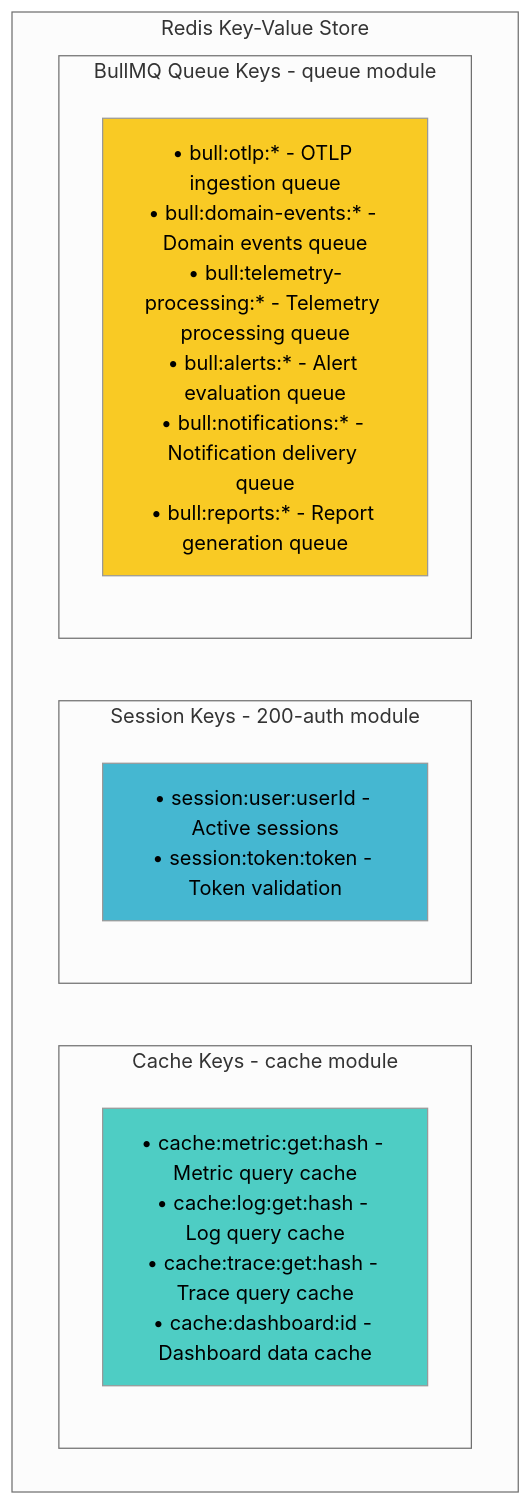
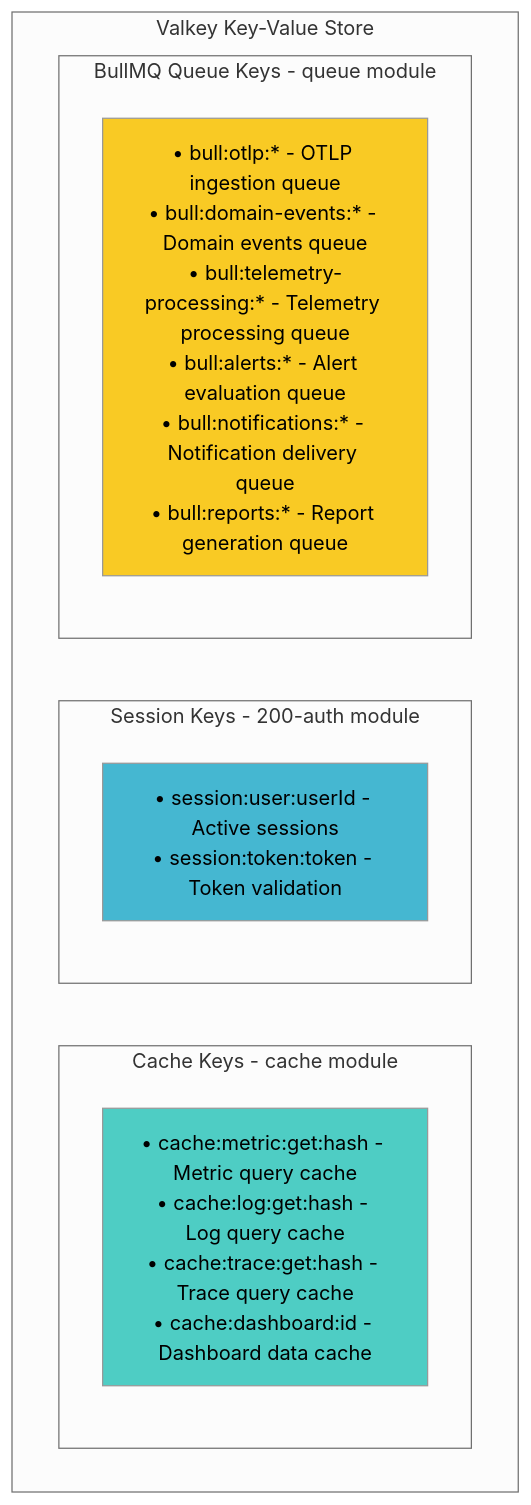
Before and after one commit to telemetryflow/telemetryflow-overview: diagram 11 of 14 in architecture/01-SYSTEM-ARCHITECTURE.md, drawn with Mermaid (neutral theme). The commit also changed other lines of this file and 23 other files, not shown here.

First line of the commit message:
docs: relabel Redis->Valkey in architecture/diagrams/prose (follow-up sweep)

````diff
--- a/architecture/01-SYSTEM-ARCHITECTURE.md
+++ b/architecture/01-SYSTEM-ARCHITECTURE.md
@@ -609,20 +609,20 @@
 ```mermaid
 graph TB
-    subgraph "Redis Key-Value Store"
+    subgraph "Valkey Key-Value Store"
         subgraph "Cache Keys - cache module"
             Cache[• cache:metric:get:hash - Metric query cache<br/>• cache:log:get:hash - Log query cache<br/>• cache:trace:get:hash - Trace query cache<br/>• cache:dashboard:id - Dashboard data cache]
         end
 
         subgraph "Session Keys - 200-auth module"
             Session[• session:user:userId - Active sessions<br/>• session:token:token - Token validation]
         end
 
         subgraph "BullMQ Queue Keys - queue module"
             Queue[• bull:otlp:* - OTLP ingestion queue<br/>• bull:domain-events:* - Domain events queue<br/>• bull:telemetry-processing:* - Telemetry processing queue<br/>• bull:alerts:* - Alert evaluation queue<br/>• bull:notifications:* - Notification delivery queue<br/>• bull:reports:* - Report generation queue]
         end
     end
 
     style Cache fill:#4ecdc4
     style Session fill:#45b7d1
     style Queue fill:#f9ca24
 ```
````
